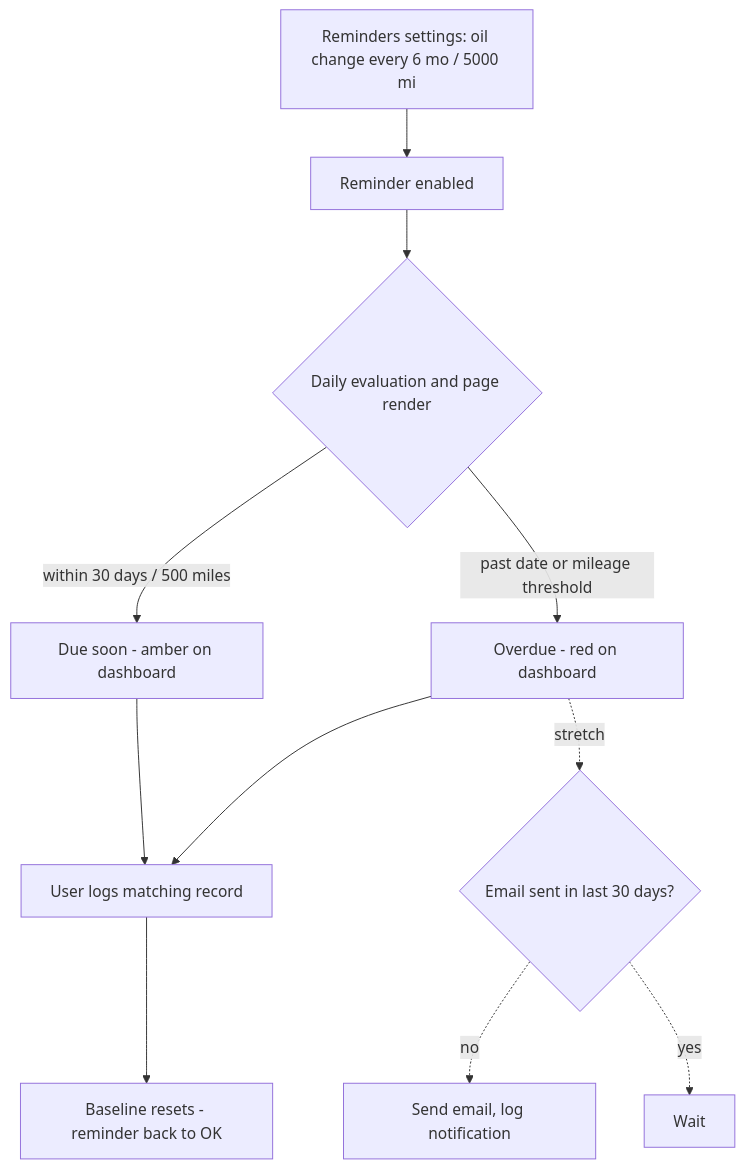
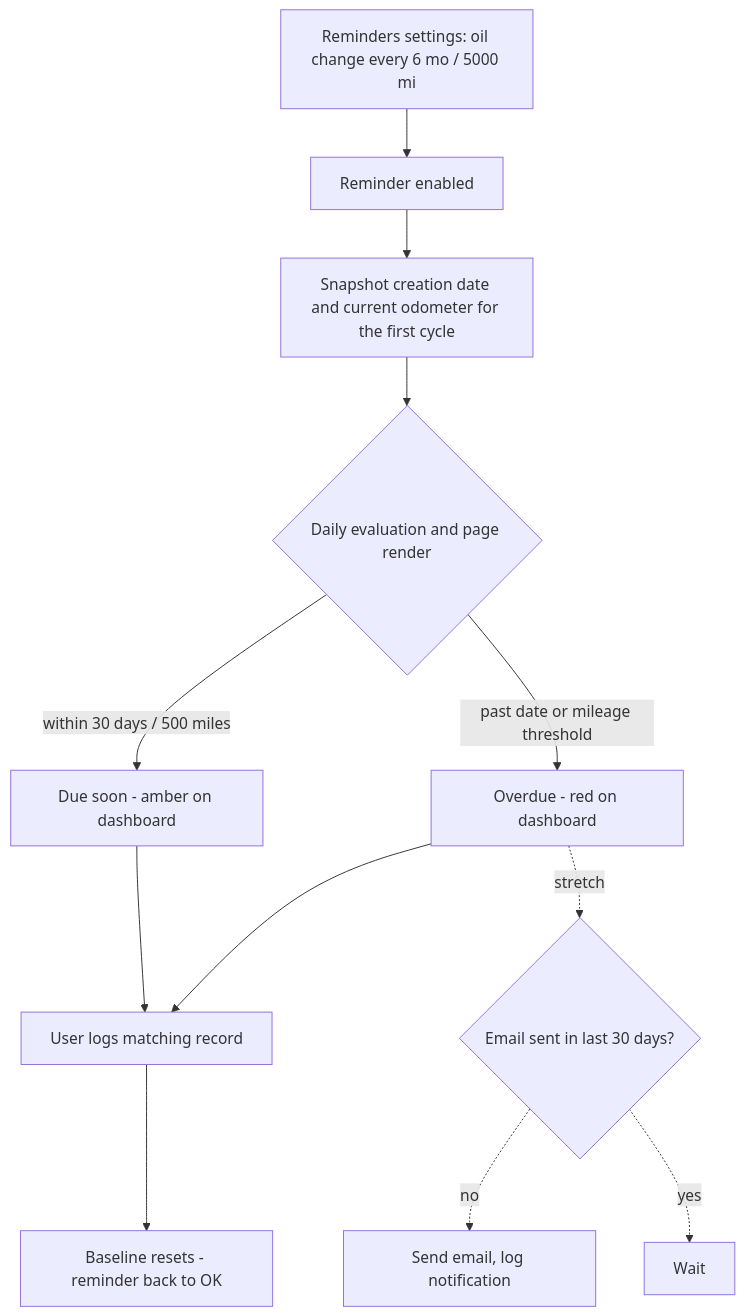
One commit to bitofbytes-io/carma changed the third of 4 diagrams in docs/UI.md. Above: the diagram before and after it, drawn with Mermaid. The commit also changed other lines of this file and 17 other files, not shown here.

````diff
--- a/docs/UI.md
+++ b/docs/UI.md
@@ -64,13 +64,14 @@
 ```mermaid
 flowchart TD
   A[Reminders settings: oil change every 6 mo / 5000 mi] --> B[Reminder enabled]
-  B --> C{Daily evaluation and page render}
+  B --> S[Snapshot creation date and current odometer for the first cycle]
+  S --> C{Daily evaluation and page render}
   C -->|"within 30 days / 500 miles"| D[Due soon - amber on dashboard]
   C -->|"past date or mileage threshold"| E[Overdue - red on dashboard]
   E -.->|stretch| F{Email sent in last 30 days?}
   F -.->|no| G[Send email, log notification]
   F -.->|yes| H[Wait]
   D --> I[User logs matching record]
   E --> I
   I --> J[Baseline resets - reminder back to OK]
 ```
````
